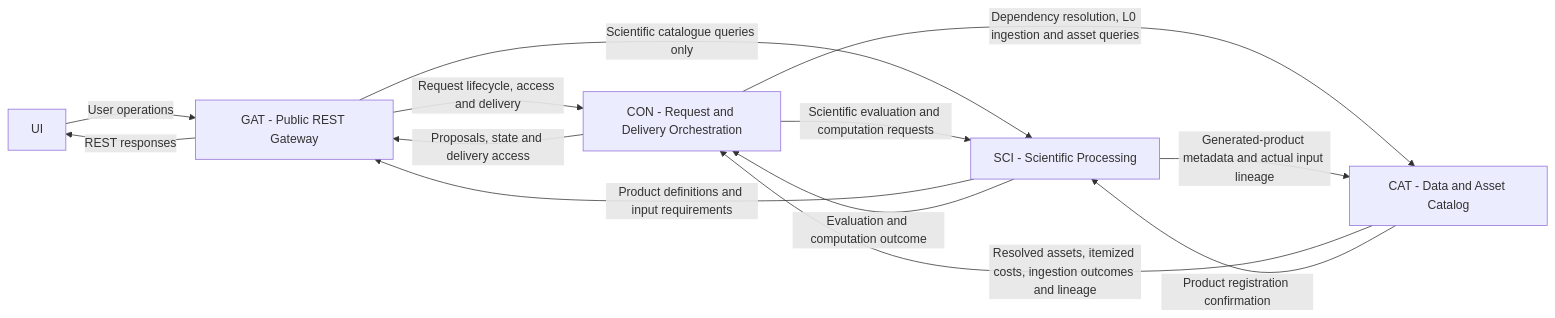
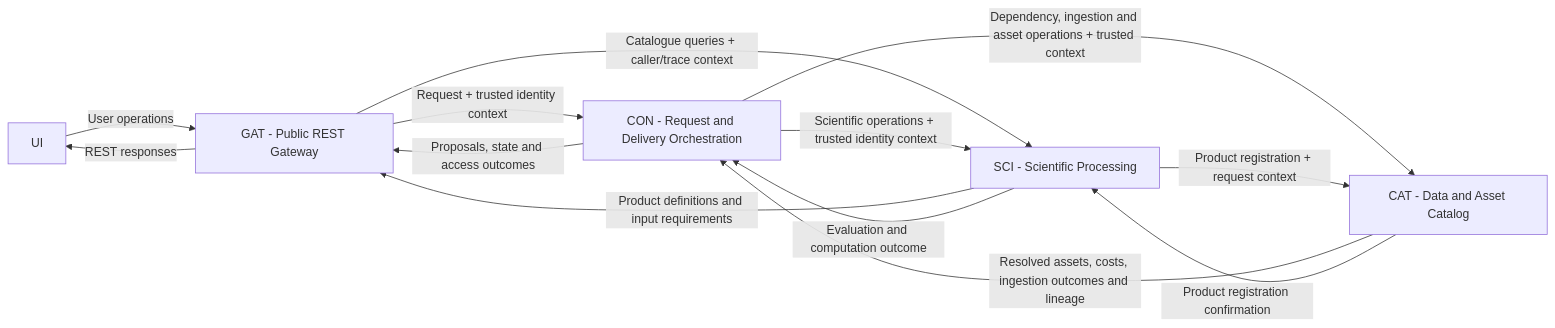
Before and after one commit to arnaudsomville/MEOGAP: the diagram in documentation/architecture/system-interactions/component-interaction-design.md, drawn with Mermaid. The commit also changed other lines of this file, not shown here.

````diff
--- a/documentation/architecture/system-interactions/component-interaction-design.md
+++ b/documentation/architecture/system-interactions/component-interaction-design.md
@@ -177,26 +192,26 @@
 ```mermaid
 flowchart LR
     UI[UI]
     GAT[GAT - Public REST Gateway]
     CON[CON - Request and Delivery Orchestration]
     SCI[SCI - Scientific Processing]
     CAT[CAT - Data and Asset Catalog]
 
     UI -->|User operations| GAT
     GAT -->|REST responses| UI
 
-    GAT -->|Request lifecycle, access and delivery| CON
-    CON -->|Proposals, state and delivery access| GAT
+    GAT -->|Request + trusted identity context| CON
+    CON -->|Proposals, state and access outcomes| GAT
 
-    GAT -->|Scientific catalogue queries only| SCI
+    GAT -->|Catalogue queries + caller/trace context| SCI
     SCI -->|Product definitions and input requirements| GAT
 
-    CON -->|Scientific evaluation and computation requests| SCI
+    CON -->|Scientific operations + trusted identity context| SCI
     SCI -->|Evaluation and computation outcome| CON
 
-    CON -->|Dependency resolution, L0 ingestion and asset queries| CAT
-    CAT -->|Resolved assets, itemized costs, ingestion outcomes and lineage| CON
+    CON -->|Dependency, ingestion and asset operations + trusted context| CAT
+    CAT -->|Resolved assets, costs, ingestion outcomes and lineage| CON
 
-    SCI -->|Generated-product metadata and actual input lineage| CAT
+    SCI -->|Product registration + request context| CAT
     CAT -->|Product registration confirmation| SCI
 ```
````
